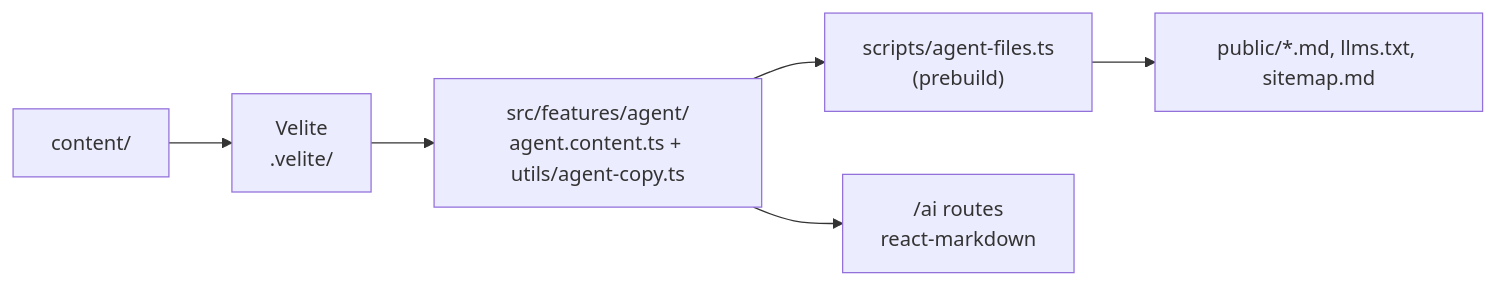
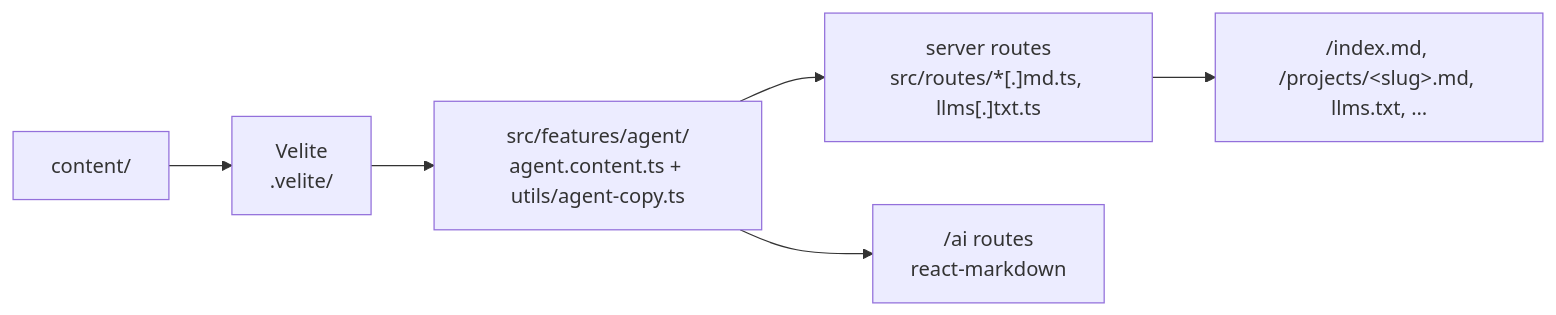
Before and after one commit to wends05/final-portfolio: the diagram in docs/decisions/0021-agent-copies-and-agent-view.md, drawn with Mermaid. The commit also changed other lines of this file and 24 other files, not shown here.

First line of the commit message:
fix: serve agent files from server routes, not public/

````diff
--- a/docs/decisions/0021-agent-copies-and-agent-view.md
+++ b/docs/decisions/0021-agent-copies-and-agent-view.md
@@ -26,8 +26,8 @@
 ```mermaid
 flowchart LR
     Content["content/"] --> Velite["Velite<br/>.velite/"]
     Velite --> Builders["src/features/agent/<br/>agent.content.ts + utils/agent-copy.ts"]
-    Builders --> Script["scripts/agent-files.ts<br/>(prebuild)"]
-    Script --> Files["public/*.md, llms.txt, sitemap.md"]
+    Builders --> Server["server routes<br/>src/routes/*[.]md.ts, llms[.]txt.ts"]
+    Server --> Files["/index.md, /projects/&lt;slug&gt;.md, llms.txt, …"]
     Builders --> AiRoutes["/ai routes<br/>react-markdown"]
 ```
````
